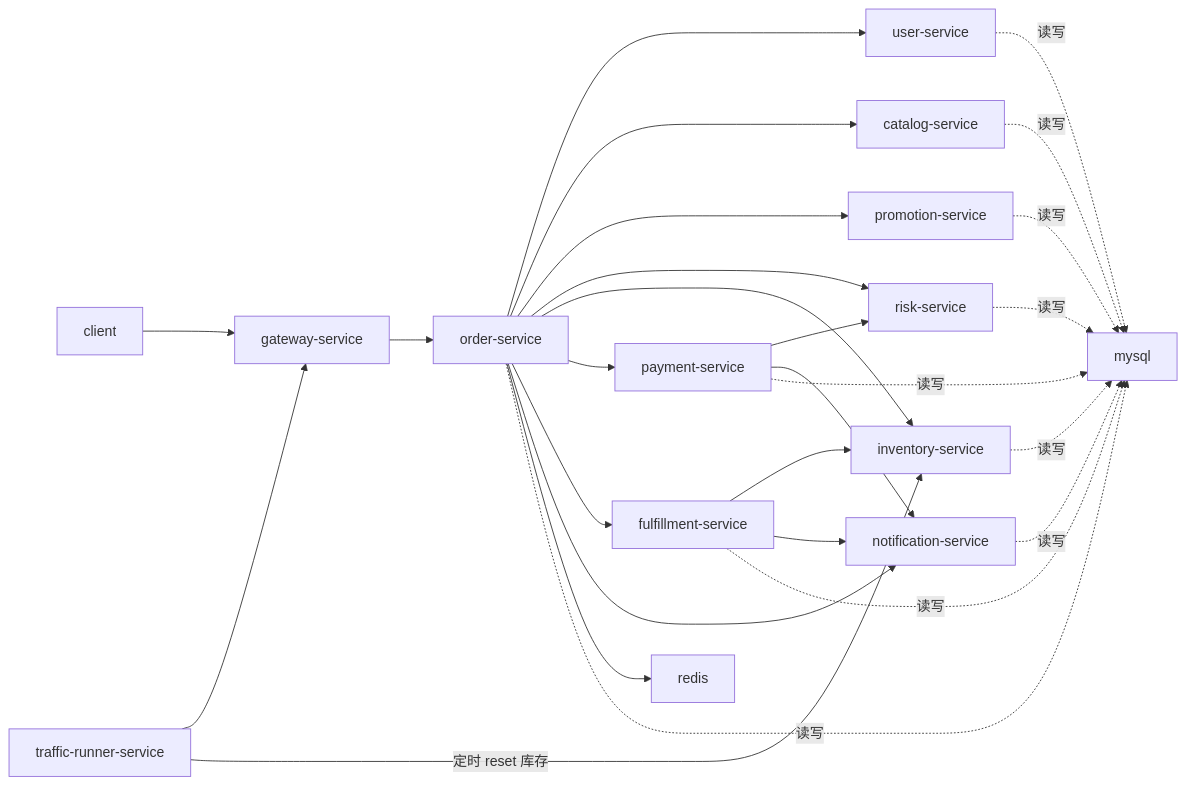
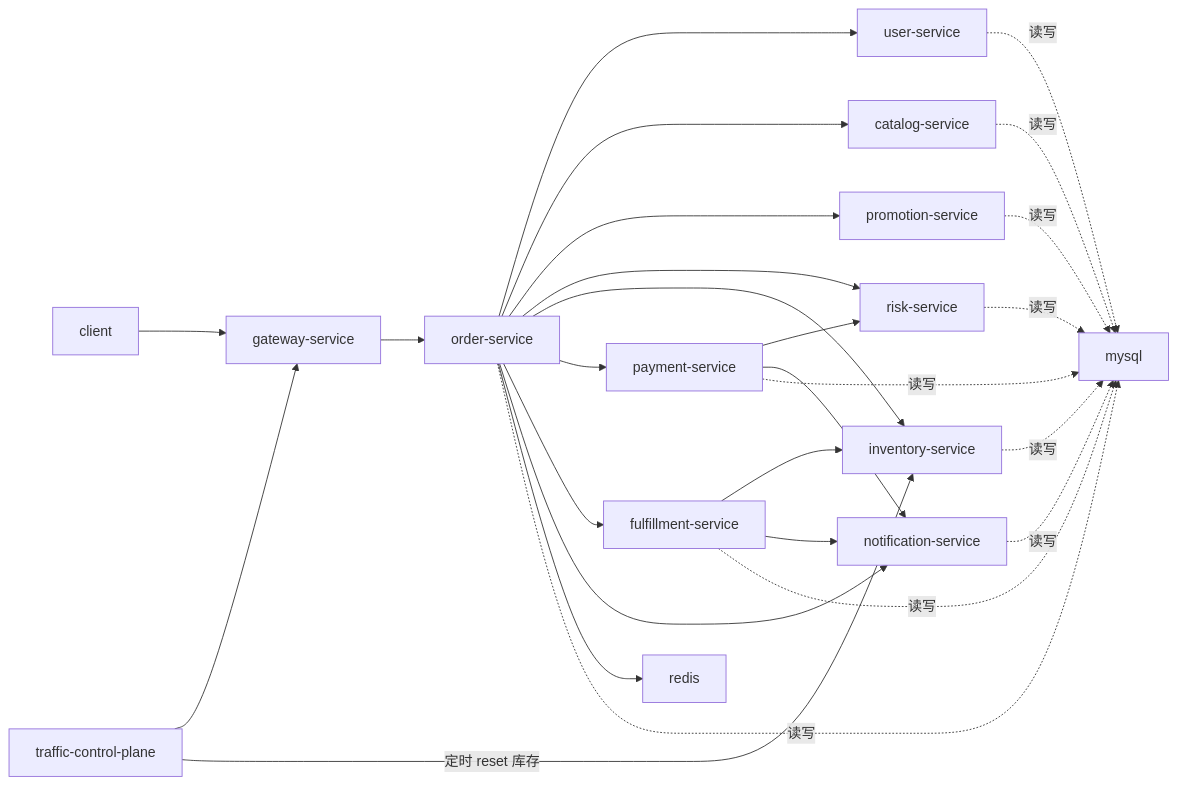
One commit to asatasinon/mall-chaos changed the diagram in _docs/plans/chaos-v1.md. Above: the diagram before and after it, drawn with Mermaid. The commit also changed other lines of this file and 44 other files, not shown here.

````diff
--- a/_docs/plans/chaos-v1.md
+++ b/_docs/plans/chaos-v1.md
@@ -161,29 +161,29 @@
 ```mermaid
 flowchart LR
   CUST["client"] --> G["gateway-service"]
-  TR["traffic-runner-service"] --> G
+  TR["traffic-control-plane"] --> G
   TR -->|"定时 reset 库存"| I
   G --> O["order-service"]
   O --> U["user-service"]
   O --> C["catalog-service"]
   O --> PR["promotion-service"]
   O --> RK["risk-service"]
   O --> I["inventory-service"]
   O --> P["payment-service"]
   P --> RK
   O --> F["fulfillment-service"]
   F --> I
   O --> N["notification-service"]
   P --> N
   F --> N
   O --> R["redis"]
   U -. "读写" .-> M["mysql"]
   C -. "读写" .-> M
   PR -. "读写" .-> M
   RK -. "读写" .-> M
   I -. "读写" .-> M
   O -. "读写" .-> M
   P -. "读写" .-> M
   F -. "读写" .-> M
   N -. "读写" .-> M
 ```
````
